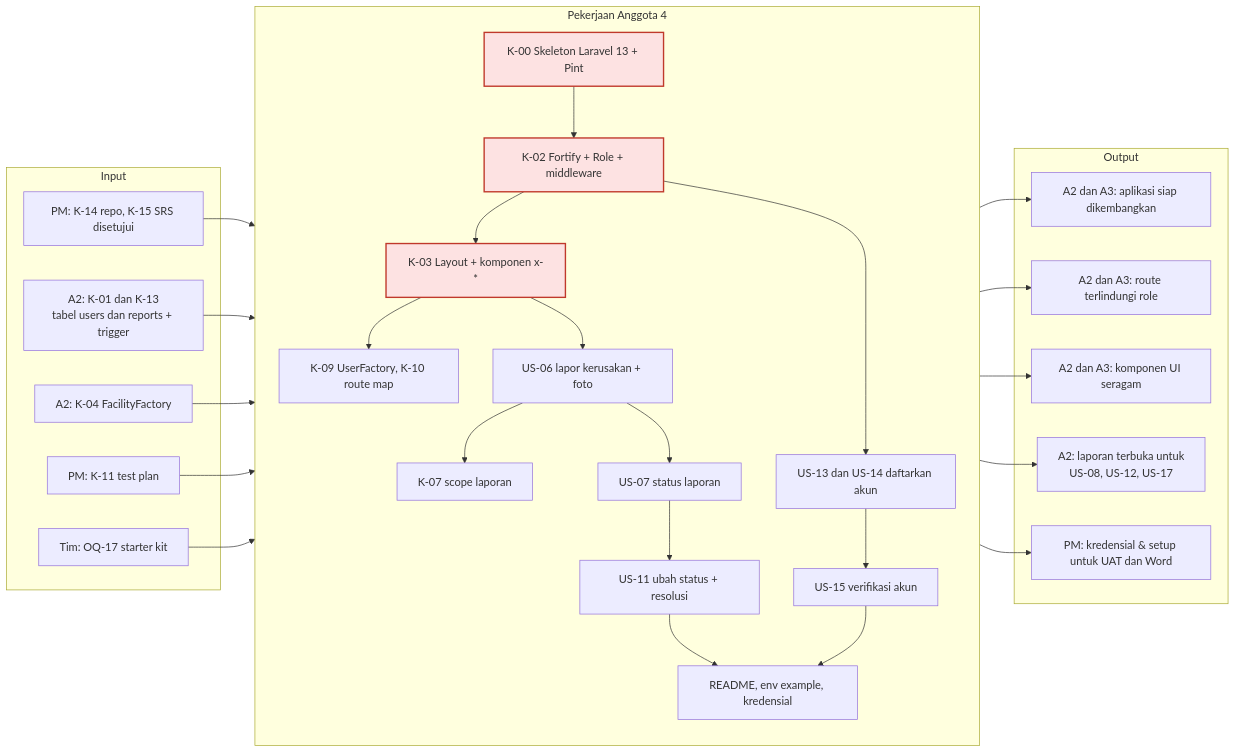
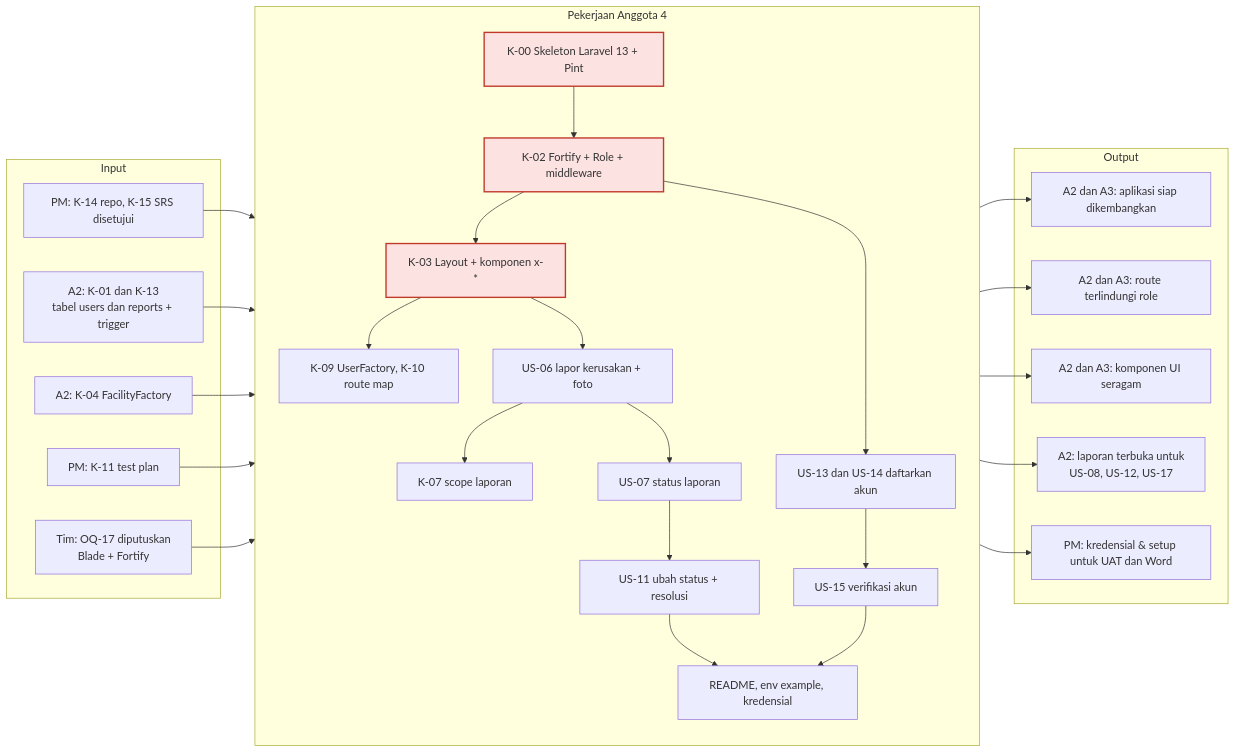
One commit to PPK-WP/Tubes-P1 changed the first of 4 diagrams in workflow/Anggota4.md. Above: the diagram before and after it, drawn with Mermaid. The commit also changed other lines of this file and 11 other files, not shown here.

Commit message:
docs: OQ-17 diputuskan - Laravel 13 standar dengan Blade tanpa starter kit

````diff
--- a/workflow/Anggota4.md
+++ b/workflow/Anggota4.md
@@ -32,53 +32,53 @@
 ```mermaid
 flowchart LR
     subgraph IN["Input"]
         I1["PM: K-14 repo, K-15 SRS disetujui"]
         I2["A2: K-01 dan K-13<br/>tabel users dan reports + trigger"]
         I3["A2: K-04 FacilityFactory"]
         I4["PM: K-11 test plan"]
-        I5["Tim: OQ-17 starter kit"]
+        I5["Tim: OQ-17 diputuskan<br/>Blade + Fortify"]
     end
 
     subgraph WORK["Pekerjaan Anggota 4"]
         direction TB
         W1["K-00 Skeleton Laravel 13 + Pint"]
         W2["K-02 Fortify + Role + middleware"]
         W3["K-03 Layout + komponen x-*"]
         W4["K-09 UserFactory, K-10 route map"]
         W5["US-13 dan US-14 daftarkan akun"]
         W6["US-15 verifikasi akun"]
         W7["US-06 lapor kerusakan + foto"]
         W8["K-07 scope laporan"]
         W9["US-07 status laporan"]
         W10["US-11 ubah status + resolusi"]
         W11["README, env example, kredensial"]
         W1 --> W2 --> W3 --> W4
         W2 --> W5 --> W6
         W3 --> W7 --> W8
         W7 --> W9 --> W10
         W6 --> W11
         W10 --> W11
     end
 
     subgraph OUT["Output"]
         O1["A2 dan A3: aplikasi siap dikembangkan"]
         O2["A2 dan A3: route terlindungi role"]
         O3["A2 dan A3: komponen UI seragam"]
         O4["A2: laporan terbuka untuk<br/>US-08, US-12, US-17"]
         O5["PM: kredensial & setup untuk UAT dan Word"]
     end
 
     I1 --> W1
     I2 --> W2
     I3 --> W7
     I4 --> W5
     I5 --> W2
     W1 --> O1
     W2 --> O2
     W3 --> O3
     W8 --> O4
     W11 --> O5
 
     classDef crit fill:#fde2e2,stroke:#c0392b,stroke-width:2px;
     class W1,W2,W3 crit;
 ```
````
